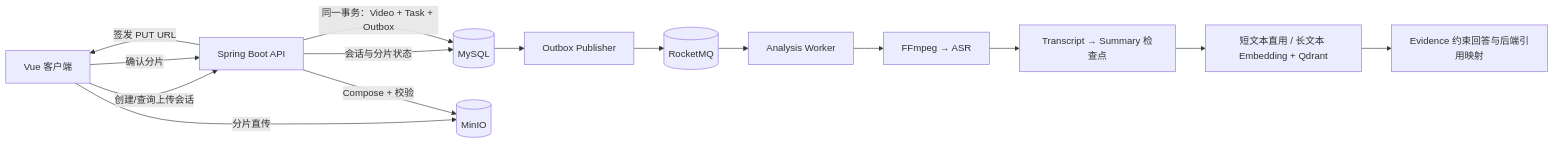
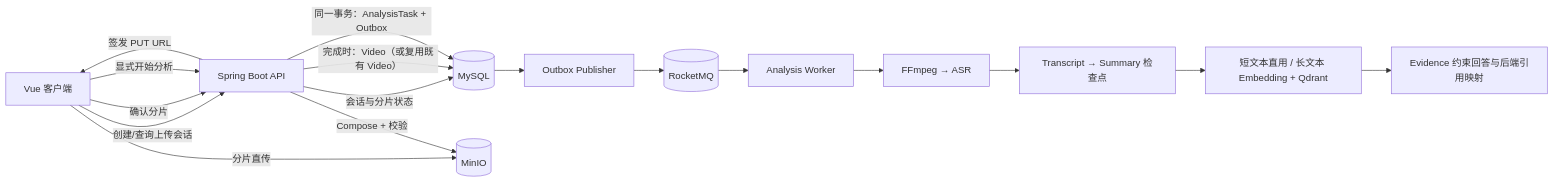
Before and after one commit to HHoverX/Video-agent: the diagram in README.md, drawn with Mermaid. The commit also changed other lines of this file, not shown here.

````diff
--- a/README.md
+++ b/README.md
@@ -22,17 +22,19 @@
 ```mermaid
 flowchart LR
     Browser["Vue 客户端"] -->|"创建/查询上传会话"| API["Spring Boot API"]
     API -->|"会话与分片状态"| MySQL[(MySQL)]
     API -->|"签发 PUT URL"| Browser
     Browser -->|"分片直传"| MinIO[(MinIO)]
     Browser -->|"确认分片"| API
     API -->|"Compose + 校验"| MinIO
-    API -->|"同一事务：Video + Task + Outbox"| MySQL
+    API -->|"完成时：Video（或复用既有 Video）"| MySQL
+    Browser -->|"显式开始分析"| API
+    API -->|"同一事务：AnalysisTask + Outbox"| MySQL
     Outbox["Outbox Publisher"] --> MQ[(RocketMQ)]
     MySQL --> Outbox
     MQ --> Worker["Analysis Worker"]
     Worker --> FFmpeg["FFmpeg → ASR"]
     FFmpeg --> Checkpoint["Transcript → Summary 检查点"]
     Checkpoint --> RAG["短文本直用 / 长文本 Embedding + Qdrant"]
     RAG --> QA["Evidence 约束回答与后端引用映射"]
 ```
````
